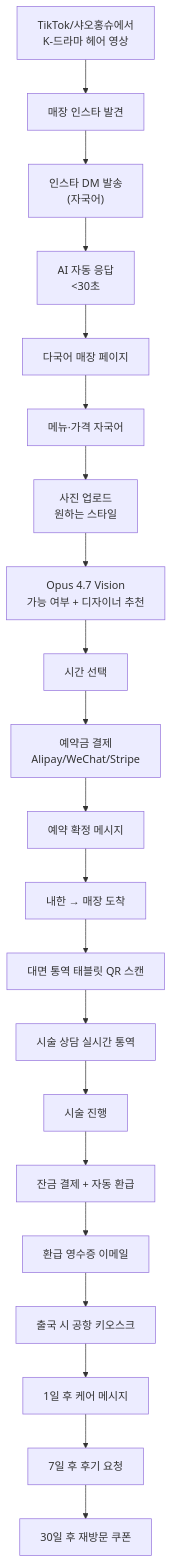
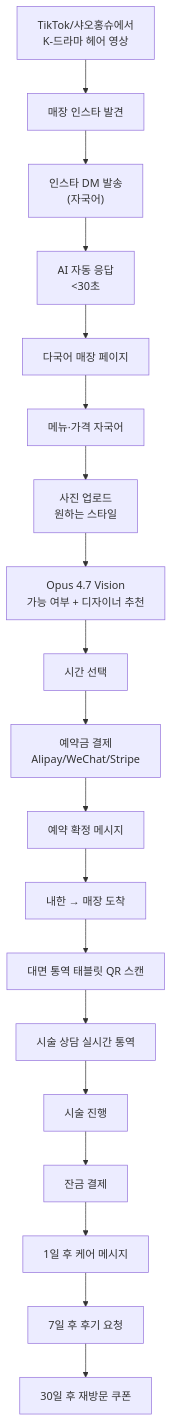
The third of 5 diagrams in docs/PRD.md (jaydenjoo/hesya), drawn with Mermaid before and after one commit. The commit also changed other lines of this file and 1 other file, not shown here.

````diff
--- a/docs/PRD.md
+++ b/docs/PRD.md
@@ -409,23 +410,21 @@
 ```mermaid
 flowchart TB
     A["TikTok/샤오홍슈에서<br/>K-드라마 헤어 영상"] --> B["매장 인스타 발견"]
     B --> C["인스타 DM 발송<br/>(자국어)"]
     C --> D["AI 자동 응답<br/><30초"]
     D --> E["다국어 매장 페이지"]
     E --> F["메뉴·가격 자국어"]
     F --> G["사진 업로드<br/>원하는 스타일"]
     G --> H["Opus 4.7 Vision<br/>가능 여부 + 디자이너 추천"]
     H --> I["시간 선택"]
     I --> J["예약금 결제<br/>Alipay/WeChat/Stripe"]
     J --> K["예약 확정 메시지"]
     K --> L["내한 → 매장 도착"]
     L --> M["대면 통역 태블릿 QR 스캔"]
     M --> N["시술 상담 실시간 통역"]
     N --> O["시술 진행"]
-    O --> P["잔금 결제 + 자동 환급"]
-    P --> Q["환급 영수증 이메일"]
-    Q --> R["출국 시 공항 키오스크"]
-    R --> S["1일 후 케어 메시지"]
-    S --> T["7일 후 후기 요청"]
-    T --> U["30일 후 재방문 쿠폰"]
+    O --> P["잔금 결제"]
+    P --> Q["1일 후 케어 메시지"]
+    Q --> R["7일 후 후기 요청"]
+    R --> S["30일 후 재방문 쿠폰"]
 ```
````
